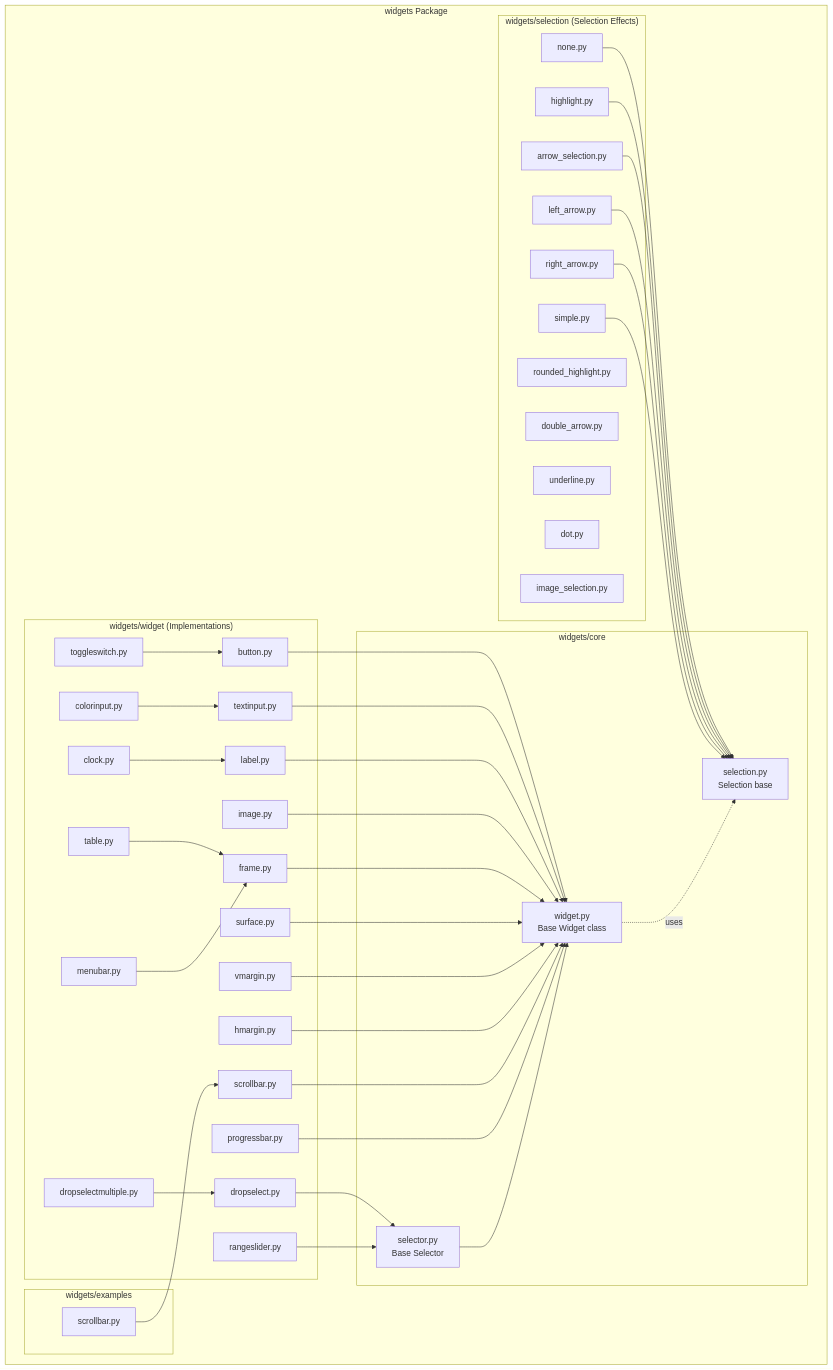
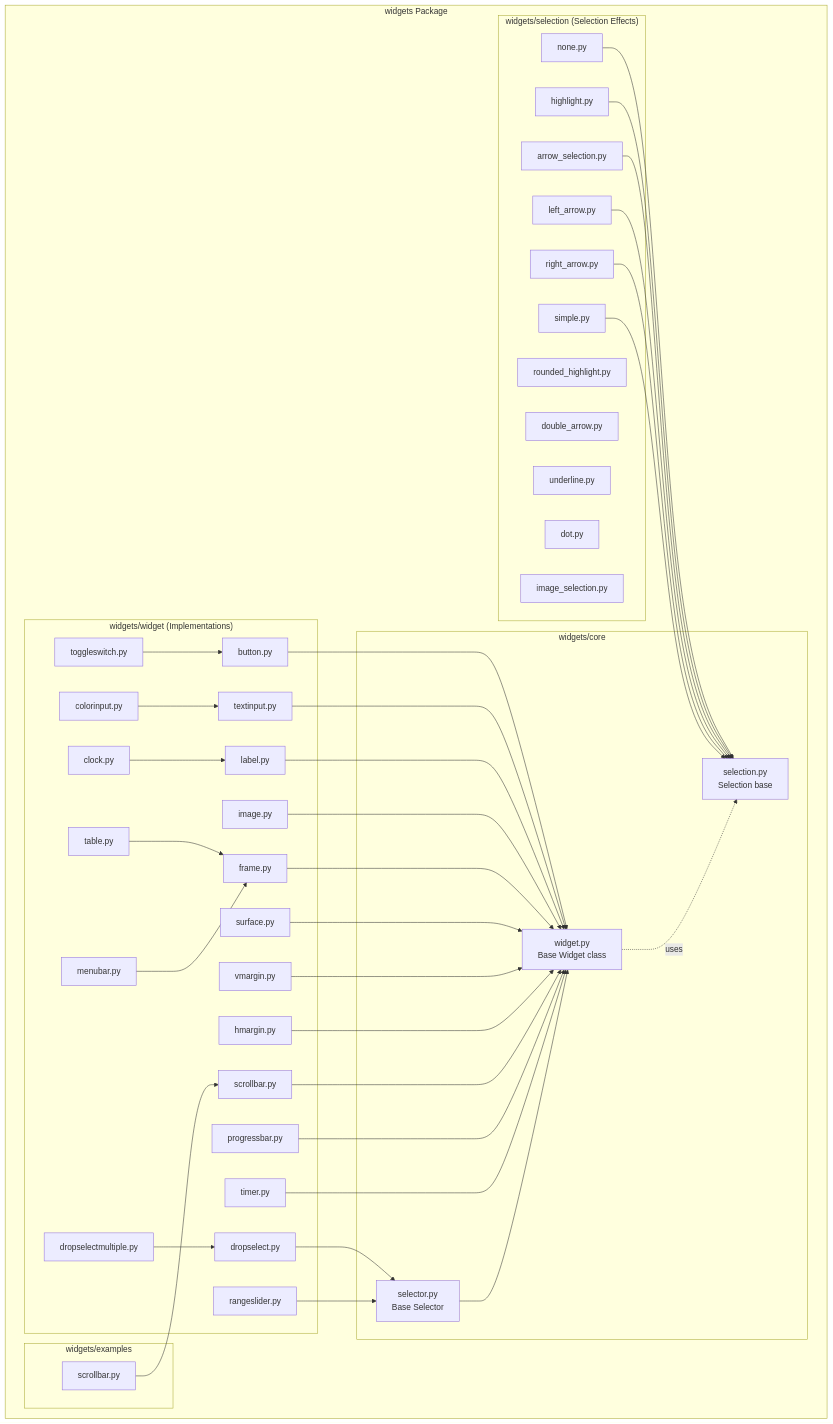
One commit to ppizarror/pygame-menu changed the diagram in docs/diagrams/widgets-package-internal.mmd. Above: the diagram before and after it, drawn with Mermaid. The commit also changed 2 other files, not shown here.

Commit message:
add documentation for Timer widget

```diff
--- a/docs/diagrams/widgets-package-internal.mmd
+++ b/docs/diagrams/widgets-package-internal.mmd
@@ -1,83 +1,85 @@
 graph TB
     subgraph "widgets Package"
         subgraph "widgets/core"
             Widget[widget.py<br/>Base Widget class]
             Selector[selector.py<br/>Base Selector]
             Selection[selection.py<br/>Selection base]
         end
         
         subgraph "widgets/widget (Implementations)"
             Button[button.py]
             TextInput[textinput.py]
             Label[label.py]
             Image[image.py]
             Frame[frame.py]
             Table[table.py]
             ColorInput[colorinput.py]
             DropSelect[dropselect.py]
             DropSelectMultiple[dropselectmultiple.py]
             ToggleSwitch[toggleswitch.py]
             RangeSlider[rangeslider.py]
             Clock[clock.py]
             Surface[surface.py]
             VMargin[vmargin.py]
             HMargin[hmargin.py]
             Scrollbar[scrollbar.py]
             ProgressBar[progressbar.py]
             MenuBar[menubar.py]
+            Timer[timer.py]
         end
         
         subgraph "widgets/selection (Selection Effects)"
             NoneSelection[none.py]
             HighlightSelection[highlight.py]
             RoundedHighlightSelection[rounded_highlight.py]
             ArrowSelection[arrow_selection.py]
             LeftArrowSelection[left_arrow.py]
             RightArrowSelection[right_arrow.py]
             DoubleArrowSelection[double_arrow.py]
             UnderlineSelection[underline.py]
             DotSelection[dot.py]
             ImageSelection[image_selection.py]
             SimpleSelection[simple.py]
         end
         
         subgraph "widgets/examples"
             ScrollbarExample[scrollbar.py]
         end
     end
     
     %% Core inheritance
     Button --> Widget
     TextInput --> Widget
     Label --> Widget
     Image --> Widget
     Frame --> Widget
     Table --> Frame
     ColorInput --> TextInput
     DropSelect --> Selector
     DropSelectMultiple --> DropSelect
     ToggleSwitch --> Button
     RangeSlider --> Selector
     Clock --> Label
     Surface --> Widget
     VMargin --> Widget
     HMargin --> Widget
     Scrollbar --> Widget
     ProgressBar --> Widget
     MenuBar --> Frame
+    Timer --> Widget
     
     Selector --> Widget
     
     %% Selection effects
     NoneSelection --> Selection
     HighlightSelection --> Selection
     ArrowSelection --> Selection
     LeftArrowSelection --> Selection
     RightArrowSelection --> Selection
     SimpleSelection --> Selection
     
     %% Examples
     ScrollbarExample --> Scrollbar
     
     %% Widget uses Selection
     Widget -.uses.-> Selection
```
